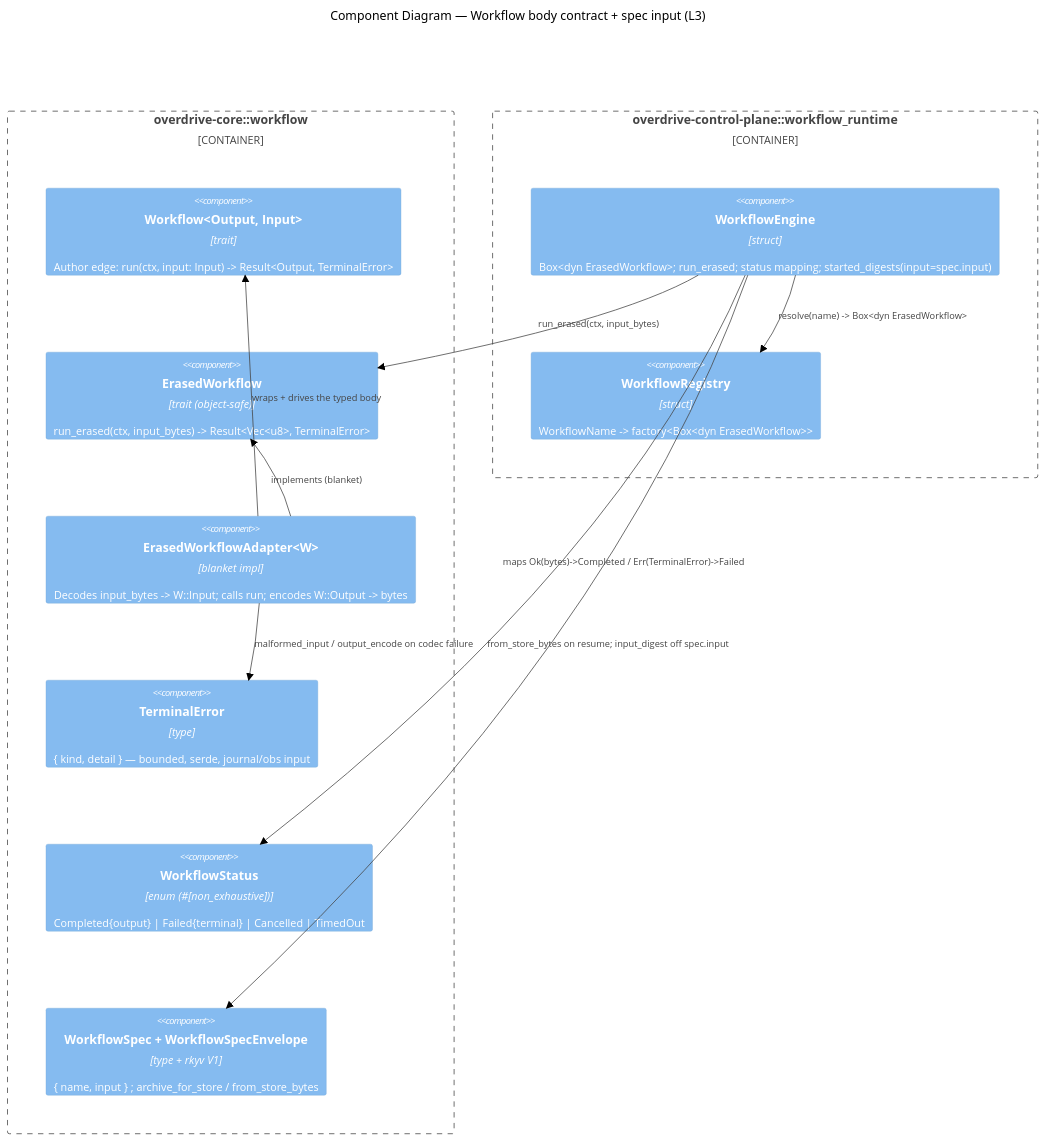
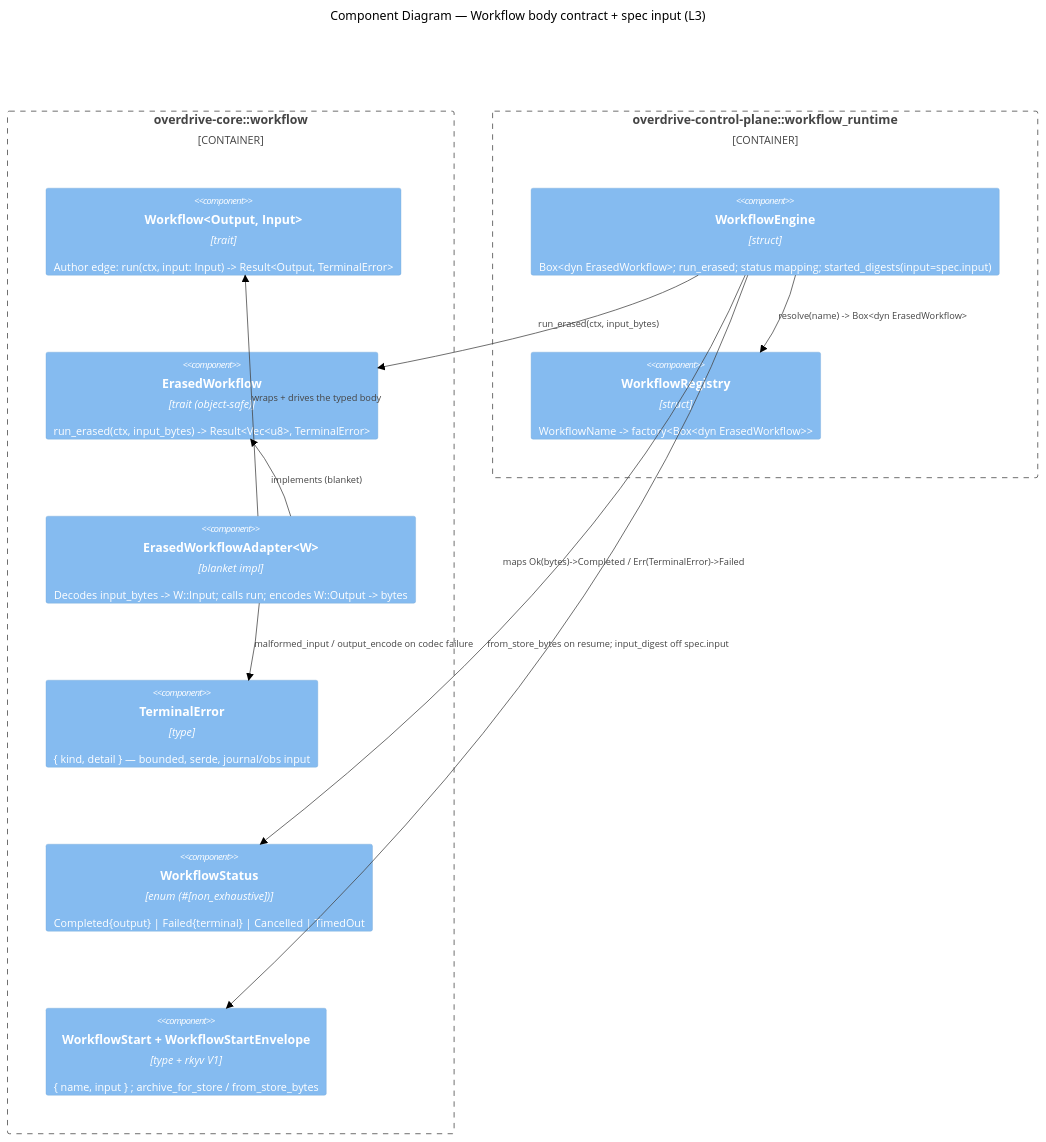
One commit to overdrive-sh/overdrive changed diagram 14 of 14 in docs/product/architecture/brief.md. Above: the diagram before and after it, drawn with Mermaid (neutral theme). The commit also changed other lines of this file and 33 other files, not shown here.

````diff
--- a/docs/product/architecture/brief.md
+++ b/docs/product/architecture/brief.md
@@ -4845,23 +4845,23 @@
 ```mermaid
 C4Component
   title Component Diagram — Workflow body contract + spec input (L3)
   Container_Boundary(core, "overdrive-core::workflow") {
     Component(wf, "Workflow<Output, Input>", "trait", "Author edge: run(ctx, input: Input) -> Result<Output, TerminalError>")
     Component(erased, "ErasedWorkflow", "trait (object-safe)", "run_erased(ctx, input_bytes) -> Result<Vec<u8>, TerminalError>")
     Component(adapter, "ErasedWorkflowAdapter<W>", "blanket impl", "Decodes input_bytes -> W::Input; calls run; encodes W::Output -> bytes")
     Component(terr, "TerminalError", "type", "{ kind, detail } — bounded, serde, journal/obs input")
     Component(status, "WorkflowStatus", "enum (#[non_exhaustive])", "Completed{output} | Failed{terminal} | Cancelled | TimedOut")
-    Component(spec, "WorkflowSpec + WorkflowSpecEnvelope", "type + rkyv V1", "{ name, input } ; archive_for_store / from_store_bytes")
+    Component(spec, "WorkflowStart + WorkflowStartEnvelope", "type + rkyv V1", "{ name, input } ; archive_for_store / from_store_bytes")
   }
   Container_Boundary(ctrl, "overdrive-control-plane::workflow_runtime") {
     Component(engine, "WorkflowEngine", "struct", "Box<dyn ErasedWorkflow>; run_erased; status mapping; started_digests(input=spec.input)")
     Component(registry, "WorkflowRegistry", "struct", "WorkflowName -> factory<Box<dyn ErasedWorkflow>>")
   }
   Rel(adapter, wf, "wraps + drives the typed body")
   Rel(adapter, erased, "implements (blanket)")
   Rel(adapter, terr, "malformed_input / output_encode on codec failure")
   Rel(engine, registry, "resolve(name) -> Box<dyn ErasedWorkflow>")
   Rel(engine, erased, "run_erased(ctx, input_bytes)")
   Rel(engine, status, "maps Ok(bytes)->Completed / Err(TerminalError)->Failed")
   Rel(engine, spec, "from_store_bytes on resume; input_digest off spec.input")
 ```
````
